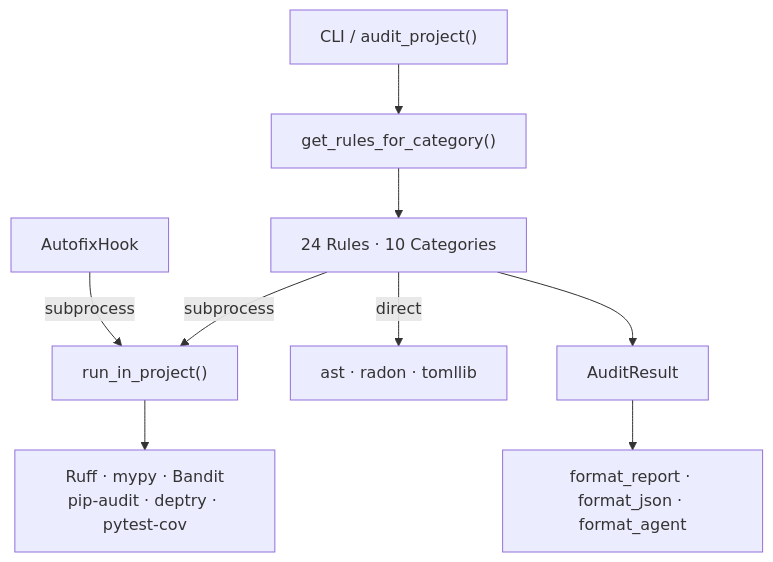
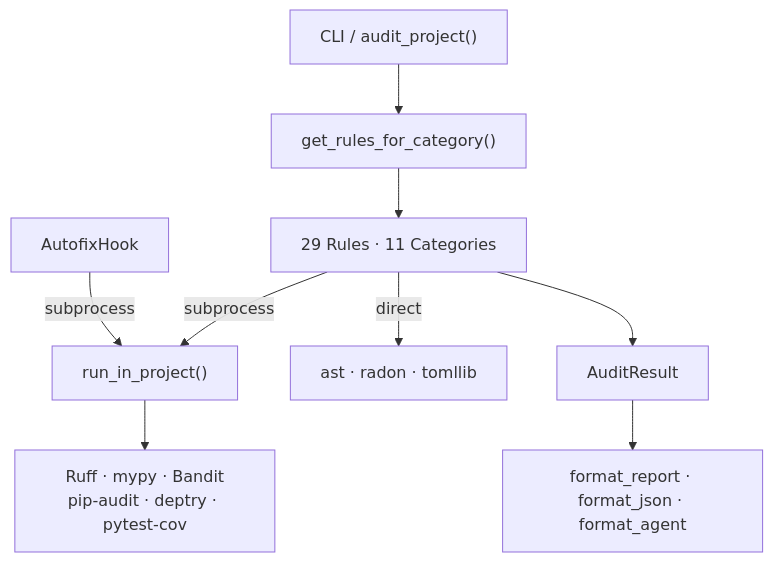
Before and after one commit to axm-protocols/axm-forge: the first of 2 diagrams in packages/axm-audit/docs/explanation/architecture.md, drawn with Mermaid. The commit also changed other lines of this file and 5 other files, not shown here.

````diff
--- a/packages/axm-audit/docs/explanation/architecture.md
+++ b/packages/axm-audit/docs/explanation/architecture.md
@@ -7,11 +7,11 @@
 ```mermaid
 graph TB
     API["CLI / audit_project()"] --> Auditor["get_rules_for_category()"]
-    Auditor --> Rules["24 Rules · 10 Categories"]
+    Auditor --> Rules["29 Rules · 11 Categories"]
     Rules -->|subprocess| Runner["run_in_project()"]
     Rules -->|direct| AST["ast · radon · tomllib"]
     Runner --> Tools["Ruff · mypy · Bandit\npip-audit · deptry · pytest-cov"]
     Hooks["AutofixHook"] -->|subprocess| Runner
     Rules --> Result["AuditResult"]
     Result --> Fmt["format_report · format_json · format_agent"]
 ```
````
